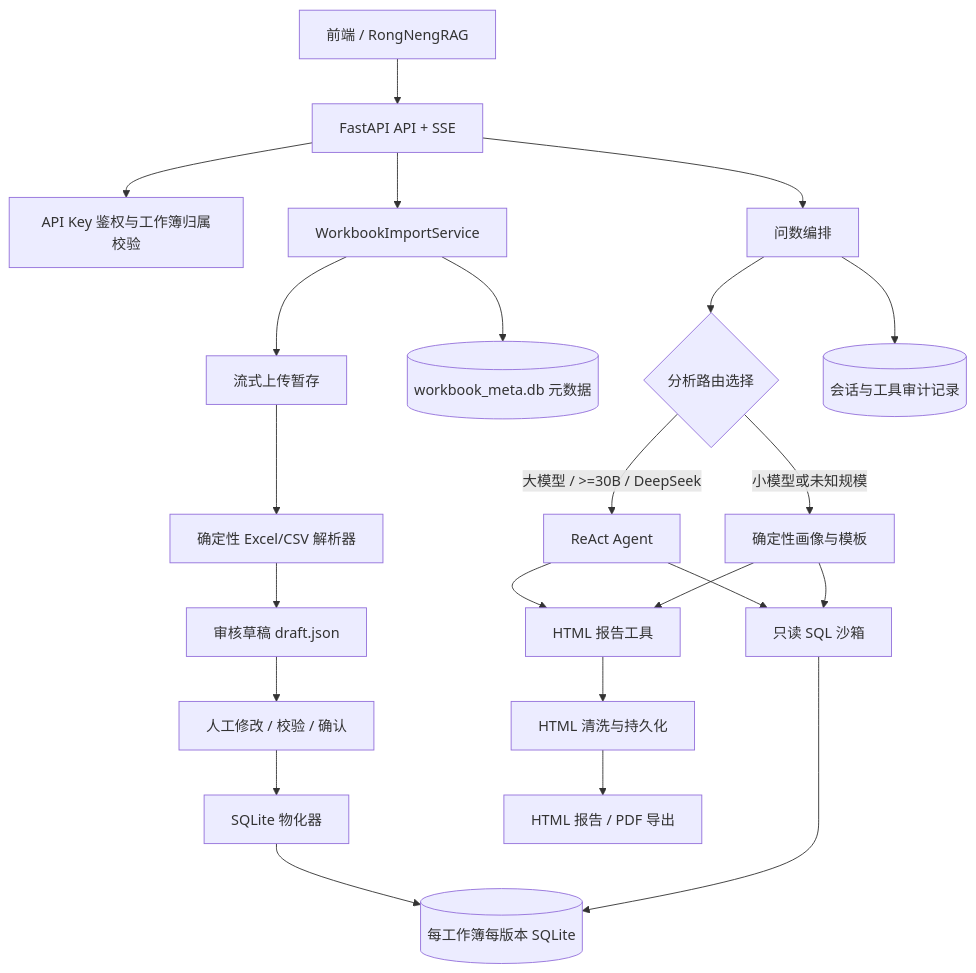
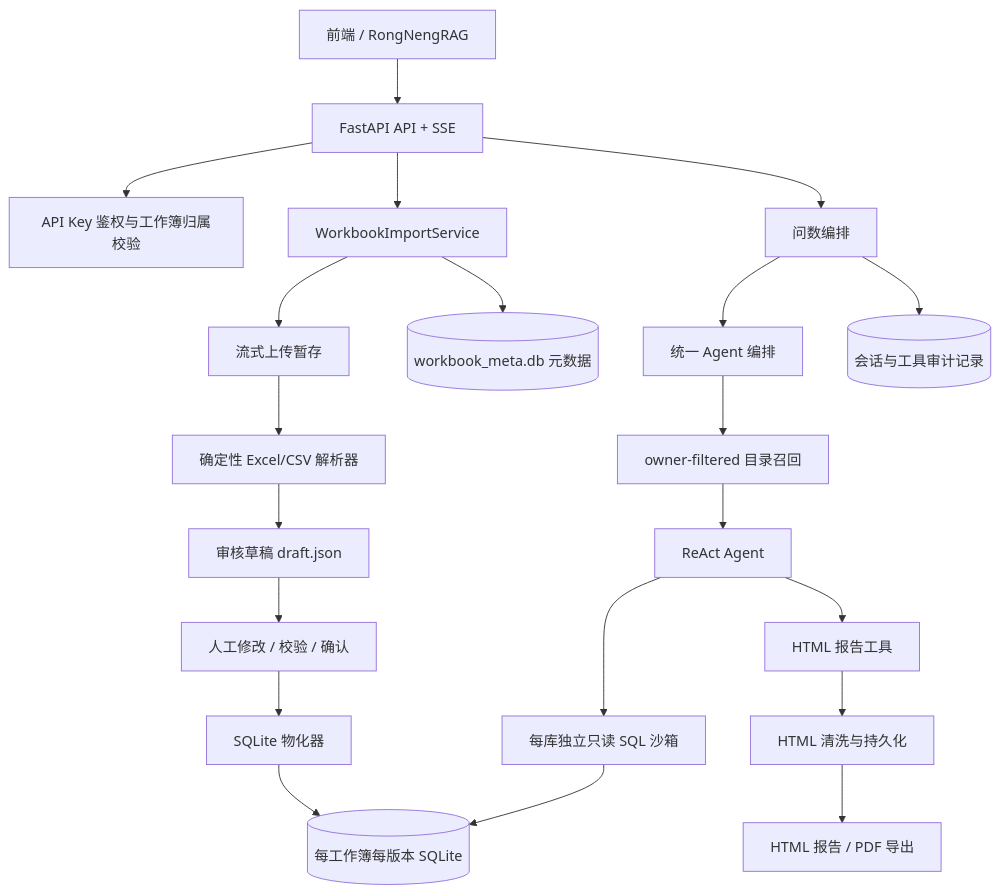
The first of 2 diagrams in docs/EXCEL_AGENT_ARCHITECTURE.md (yanpengyuzhouji/excel-agent), drawn with Mermaid before and after one commit. The commit also changed other lines of this file and 20 other files, not shown here.

````diff
--- a/docs/EXCEL_AGENT_ARCHITECTURE.md
+++ b/docs/EXCEL_AGENT_ARCHITECTURE.md
@@ -22,27 +22,25 @@
 ```mermaid
 flowchart TB
     C[前端 / RongNengRAG] --> API[FastAPI API + SSE]
     API --> AUTH[API Key 鉴权与工作簿归属校验]
     API --> IMP[WorkbookImportService]
     API --> ASK[问数编排]
 
     IMP --> UP[流式上传暂存]
     UP --> PARSE[确定性 Excel/CSV 解析器]
     PARSE --> DRAFT[审核草稿 draft.json]
     DRAFT --> REVIEW[人工修改 / 校验 / 确认]
     REVIEW --> MAT[SQLite 物化器]
     MAT --> BIZ[(每工作簿每版本 SQLite)]
     IMP --> META[(workbook_meta.db 元数据)]
 
-    ASK --> ROUTE{分析路由选择}
-    ROUTE -->|大模型 / >=30B / DeepSeek| REACT[ReAct Agent]
-    ROUTE -->|小模型或未知规模| SMALL[确定性画像与模板]
-    REACT --> SQL[只读 SQL 沙箱]
-    SMALL --> SQL
+    ASK --> ROUTE[统一 Agent 编排]
+    ROUTE --> DISCOVER[owner-filtered 目录召回]
+    DISCOVER --> REACT[ReAct Agent]
+    REACT --> SQL[每库独立只读 SQL 沙箱]
     SQL --> BIZ
     REACT --> HTML[HTML 报告工具]
-    SMALL --> HTML
     HTML --> SAFE[HTML 清洗与持久化]
     SAFE --> REPORT[HTML 报告 / PDF 导出]
     ASK --> CONV[(会话与工具审计记录)]
 ```
````
